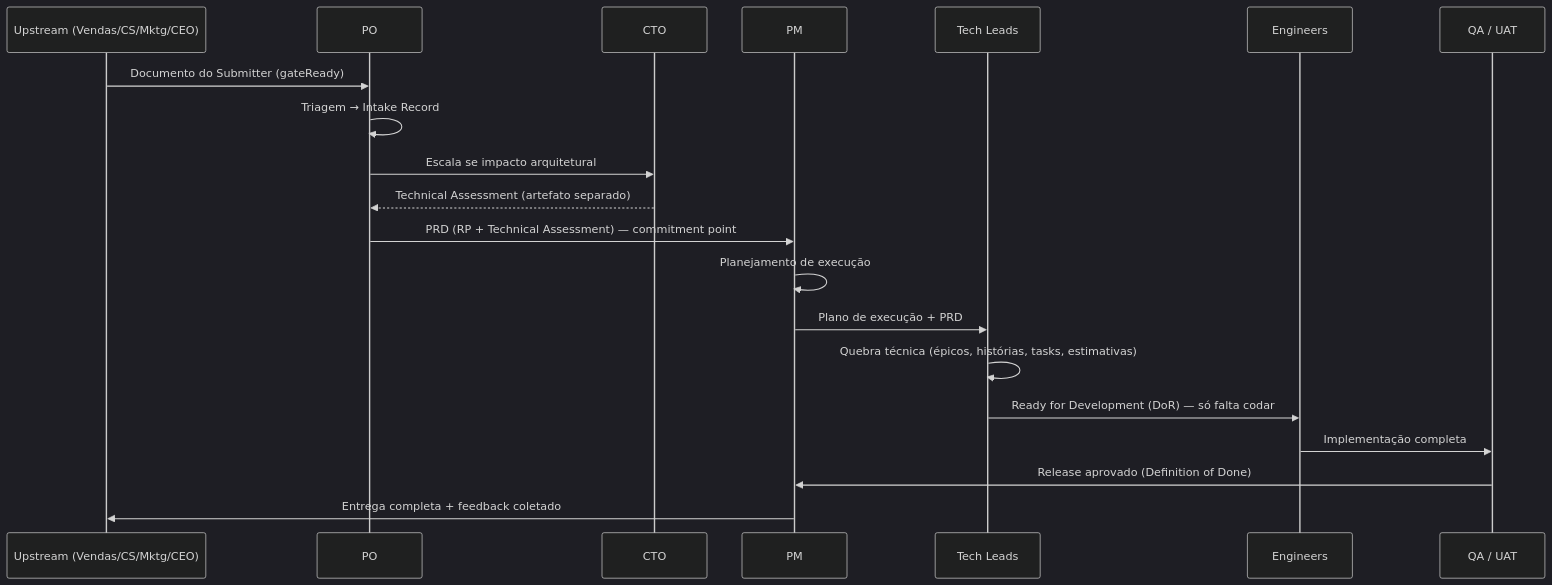
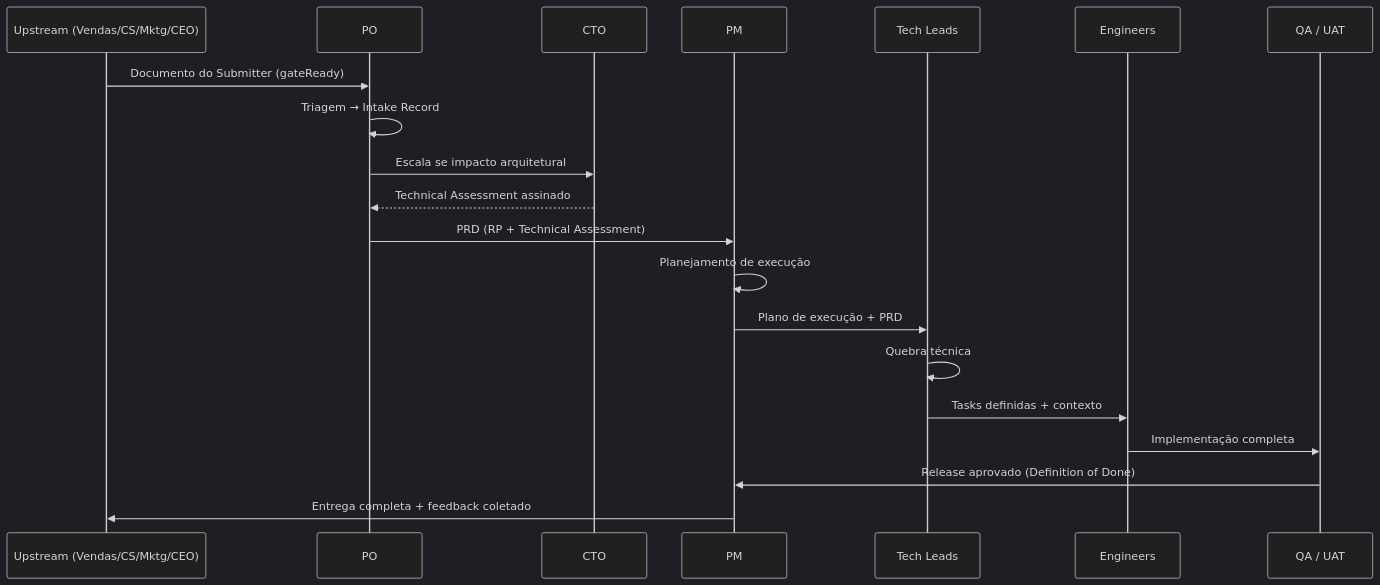
Before and after one commit to hugo-hsbtech/teamwork-process: the second of 2 diagrams in 02-happy-path.md, drawn with Mermaid (dark theme). The commit also changed other lines of this file and 4 other files, not shown here.

First line of the commit message:
Converge a camada narrativa à cadeia madura (00→04, PRD abre downstream, gate freezeReady)

````diff
--- a/02-happy-path.md
+++ b/02-happy-path.md
@@ -299,23 +298,23 @@
 ```mermaid
 sequenceDiagram
     participant UP as Upstream (Vendas/CS/Mktg/CEO)
     participant PO as PO
     participant CTO as CTO
     participant PM as PM
     participant TL as Tech Leads
     participant ENG as Engineers
     participant QA as QA / UAT
 
     UP->>PO: Documento do Submitter (gateReady)
     PO->>PO: Triagem → Intake Record
     PO->>CTO: Escala se impacto arquitetural
-    CTO-->>PO: Technical Assessment (artefato separado)
-    PO->>PM: PRD (RP + Technical Assessment) — commitment point
+    CTO-->>PO: Technical Assessment assinado
+    PO->>PM: PRD (RP + Technical Assessment)
     PM->>PM: Planejamento de execução
     PM->>TL: Plano de execução + PRD
-    TL->>TL: Quebra técnica (épicos, histórias, tasks, estimativas)
-    TL->>ENG: Ready for Development (DoR) — só falta codar
+    TL->>TL: Quebra técnica
+    TL->>ENG: Tasks definidas + contexto
     ENG->>QA: Implementação completa
     QA->>PM: Release aprovado (Definition of Done)
     PM->>UP: Entrega completa + feedback coletado
 ```
````
